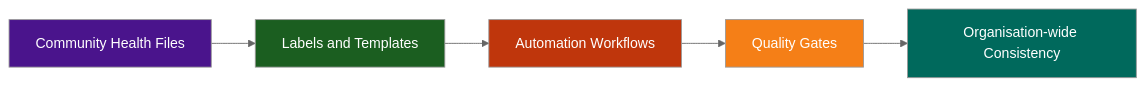
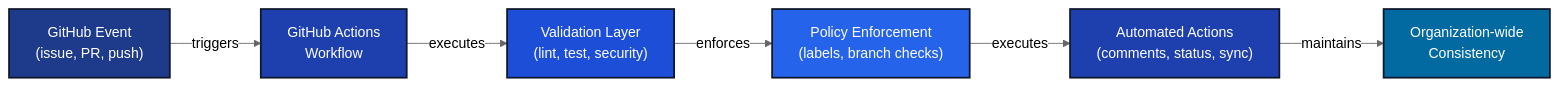
The first of 4 diagrams in README.md (lightspeedwp/.github), drawn with Mermaid (neutral theme) before and after one commit. The commit also changed other lines of this file, not shown here.

First line of the commit message:
docs: Completely rewrite README with updated architecture and diagrams (#2156)

````diff
--- a/README.md
+++ b/README.md
@@ -72,13 +228,22 @@
 ```mermaid
 graph LR
-    A["Community Health Files"] --> B["Labels and Templates"]
-    B --> C["Automation Workflows"]
-    C --> D["Quality Gates"]
-    D --> E["Organisation-wide Consistency"]
+    A["GitHub Event<br/>(issue, PR, push)"]
+    B["GitHub Actions<br/>Workflow"]
+    C["Validation Layer<br/>(lint, test, security)"]
+    D["Policy Enforcement<br/>(labels, branch checks)"]
+    E["Automated Actions<br/>(comments, status, sync)"]
+    F["Organization-wide<br/>Consistency"]
 
-    style A fill:#4a148c,color:#fff
-    style B fill:#1b5e20,color:#fff
-    style C fill:#bf360c,color:#fff
-    style D fill:#f57f17,color:#fff
-    style E fill:#00695c,color:#fff
+    A -->|triggers| B
+    B -->|executes| C
+    C -->|enforces| D
+    D -->|executes| E
+    E -->|maintains| F
+
+    style A fill:#1e3a8a,color:#ffffff,stroke:#0f172a,stroke-width:2px
+    style B fill:#1e40af,color:#ffffff,stroke:#0f172a,stroke-width:2px
+    style C fill:#1d4ed8,color:#ffffff,stroke:#0f172a,stroke-width:2px
+    style D fill:#2563eb,color:#ffffff,stroke:#0f172a,stroke-width:2px
+    style E fill:#1e40af,color:#ffffff,stroke:#0f172a,stroke-width:2px
+    style F fill:#0369a1,color:#ffffff,stroke:#0f172a,stroke-width:2px
 ```
````
